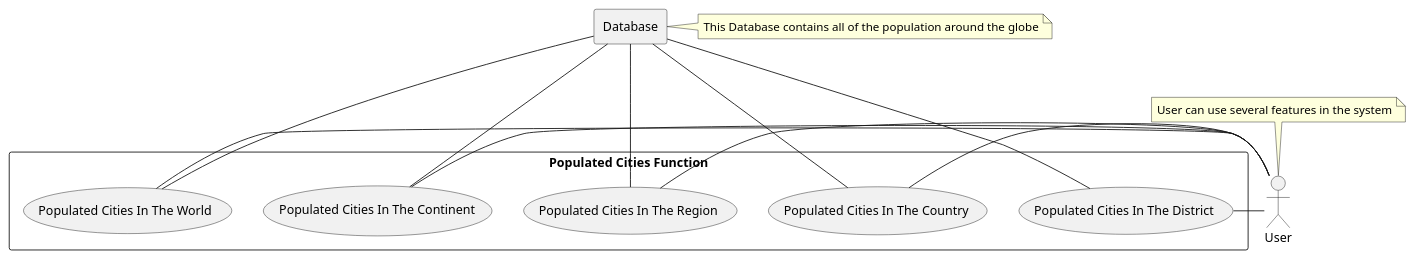
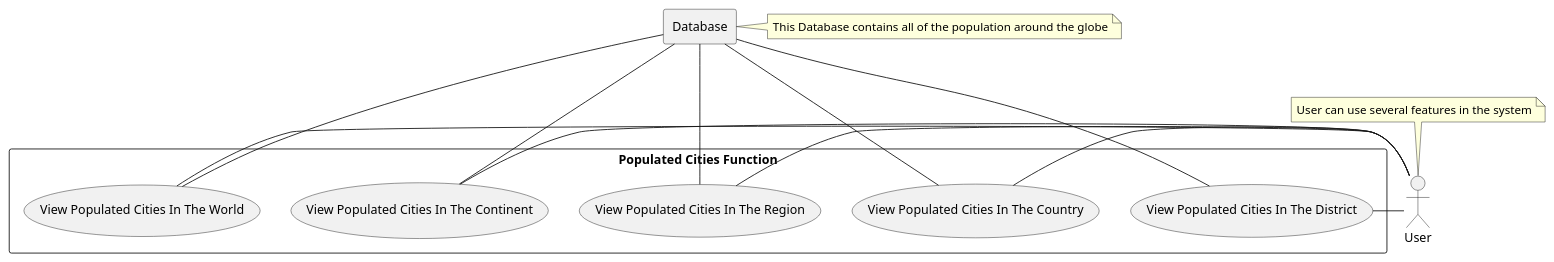
The diagram in use-cases/PopulatedCitiesFunction.puml (40437404/DevOps_SET09623), drawn with PlantUML before and after one commit. The commit also changed 9 other files, not shown here.

Commit message:
UseCase Diagrams Updated

```diff
--- a/use-cases/PopulatedCitiesFunction.puml
+++ b/use-cases/PopulatedCitiesFunction.puml
@@ -1,23 +1,23 @@
 @startuml
     actor user as "User"
         note top of user: User can use several features in the system
         rectangle db as "Database"
         note right of db: This Database contains all of the population around the globe
     rectangle "Populated Cities Function"{
-        usecase PCiWORLD as "Populated Cities In The World"
-        usecase PCiCONTINENT as "Populated Cities In The Continent"
-        usecase PCiREGION as "Populated Cities In The Region"
-        usecase PC4 as "Populated Cities In The Country"
-        usecase PC5 as "Populated Cities In The District"
+        usecase PCiWORLD as "View Populated Cities In The World"
+        usecase PCiCONTINENT as "View Populated Cities In The Continent"
+        usecase PCiREGION as "View Populated Cities In The Region"
+        usecase PC4 as "View Populated Cities In The Country"
+        usecase PC5 as "View Populated Cities In The District"
         user - PCiWORLD
         user - PCiCONTINENT
         user - PCiREGION
         user - PC4
         user - PC5
         db --- PCiWORLD
         db --- PCiCONTINENT
         db --- PCiREGION
         db --- PC4
         db --- PC5
     }
 @enduml
```
